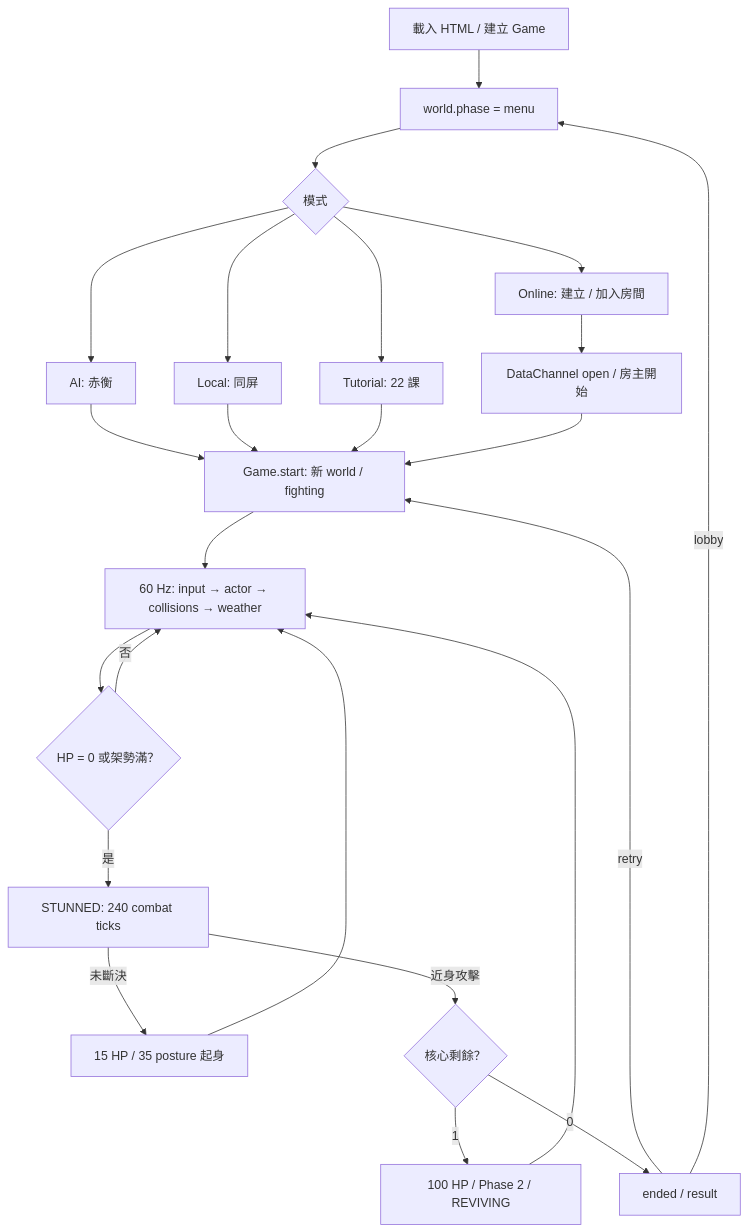
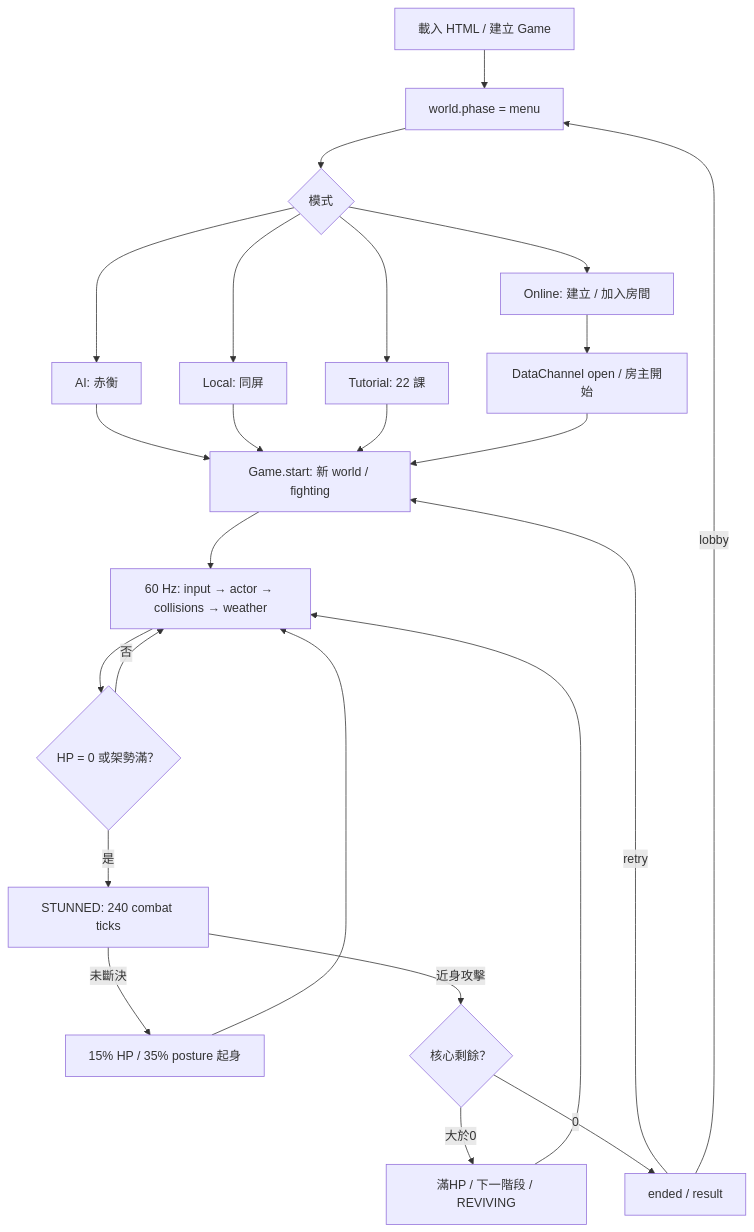
One commit to Yunlooloo/Game changed the second of 4 diagrams in docs/ARCHITECTURE.md. Above: the diagram before and after it, drawn with Mermaid. The commit also changed other lines of this file and 47 other files, not shown here.

````diff
--- a/docs/ARCHITECTURE.md
+++ b/docs/ARCHITECTURE.md
@@ -37,26 +37,26 @@
 ```mermaid
 flowchart TD
     Boot["載入 HTML / 建立 Game"] --> Menu["world.phase = menu"]
     Menu --> Mode{"模式"}
     Mode --> AI["AI: 赤衡"]
     Mode --> Local["Local: 同屏"]
     Mode --> Lesson["Tutorial: 22 課"]
     Mode --> Room["Online: 建立 / 加入房間"]
     Room --> Channel["DataChannel open / 房主開始"]
     AI --> Start["Game.start: 新 world / fighting"]
     Local --> Start
     Lesson --> Start
     Channel --> Start
     Start --> Tick["60 Hz: input → actor → collisions → weather"]
     Tick --> Down{"HP = 0 或架勢滿？"}
     Down -->|否| Tick
     Down -->|是| Window["STUNNED: 240 combat ticks"]
-    Window -->|未斷決| Weak["15 HP / 35 posture 起身"]
+    Window -->|未斷決| Weak["15% HP / 35% posture 起身"]
     Weak --> Tick
     Window -->|近身攻擊| Finish{"核心剩餘？"}
-    Finish -->|1| Revive["100 HP / Phase 2 / REVIVING"]
+    Finish -->|大於0| Revive["滿HP / 下一階段 / REVIVING"]
     Revive --> Tick
     Finish -->|0| End["ended / result"]
     End -->|retry| Start
     End -->|lobby| Menu
 ```
````
